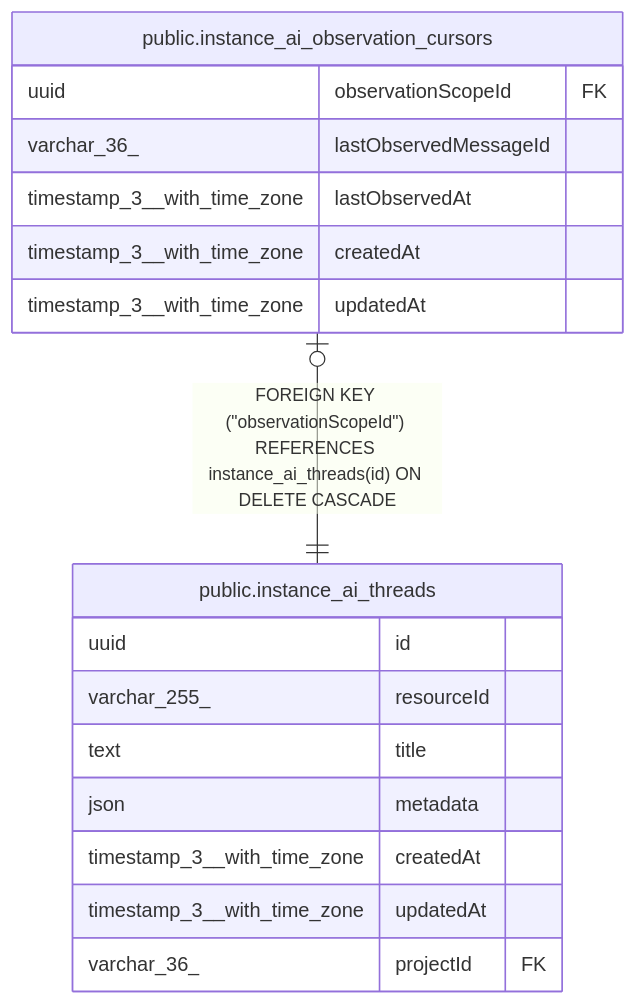
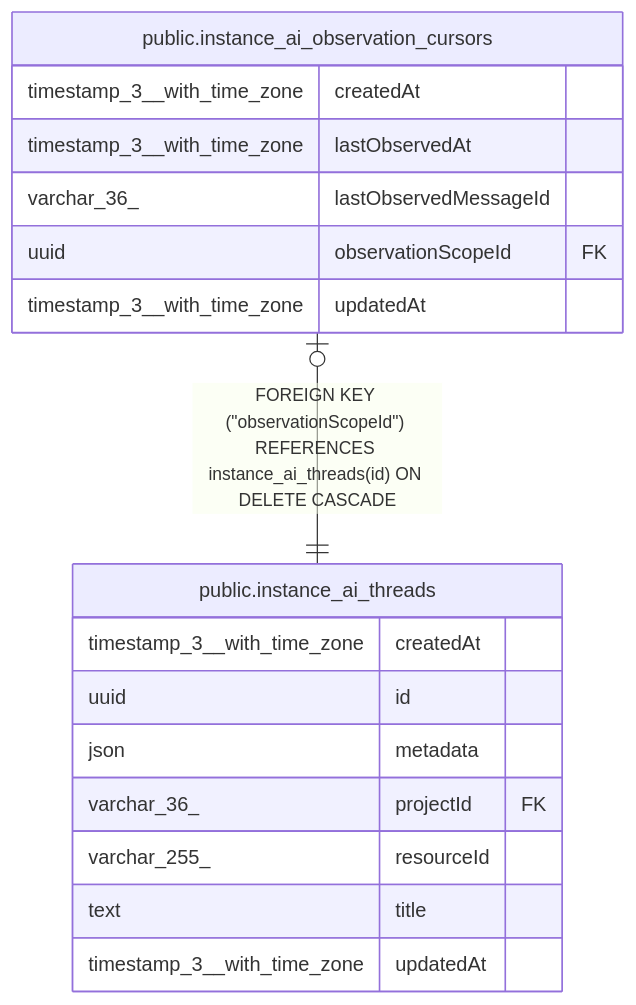
The diagram in docs/generated/postgres-schema/public.instance_ai_observation_cursors.md (mayankjain1815-commits/n8n), drawn with Mermaid before and after one commit. The commit also changed other lines of this file and 221 other files, not shown here.

Commit message:
chore(core): Make DB schema docs generation deterministic (#32373)

````diff
--- a/docs/generated/postgres-schema/public.instance_ai_observation_cursors.md
+++ b/docs/generated/postgres-schema/public.instance_ai_observation_cursors.md
@@ -33,22 +33,22 @@
 ```mermaid
 erDiagram
 
 "public.instance_ai_observation_cursors" |o--|| "public.instance_ai_threads" : "FOREIGN KEY (#quot;observationScopeId#quot;) REFERENCES instance_ai_threads(id) ON DELETE CASCADE"
 
 "public.instance_ai_observation_cursors" {
+  timestamp_3__with_time_zone createdAt
+  timestamp_3__with_time_zone lastObservedAt
+  varchar_36_ lastObservedMessageId
   uuid observationScopeId FK
-  varchar_36_ lastObservedMessageId
-  timestamp_3__with_time_zone lastObservedAt
-  timestamp_3__with_time_zone createdAt
   timestamp_3__with_time_zone updatedAt
 }
 "public.instance_ai_threads" {
+  timestamp_3__with_time_zone createdAt
   uuid id
+  json metadata
+  varchar_36_ projectId FK
   varchar_255_ resourceId
   text title
-  json metadata
-  timestamp_3__with_time_zone createdAt
   timestamp_3__with_time_zone updatedAt
-  varchar_36_ projectId FK
 }
 ```
````
